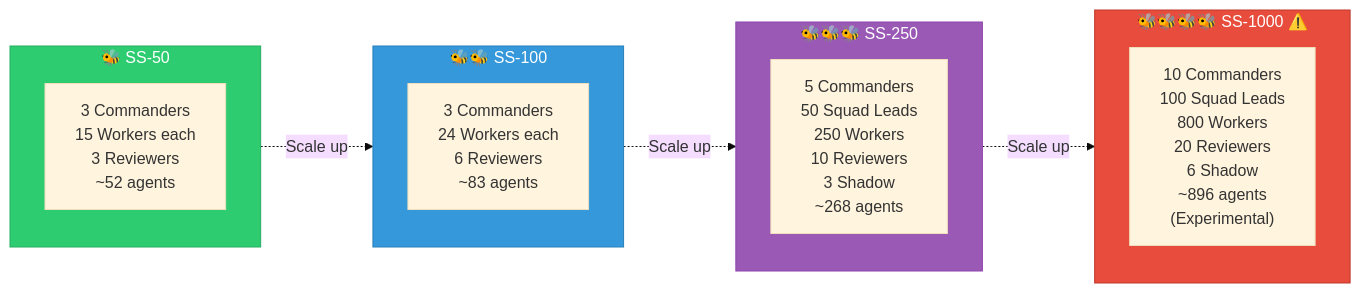
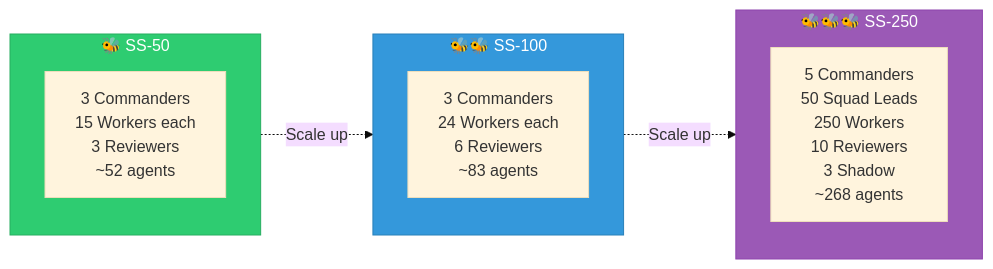
The seventh of 7 diagrams in docs/architecture-diagrams.md (DUBSOpenHub/swarm-command), drawn with Mermaid (base theme) before and after one commit. The commit also changed 4 other files, not shown here.

````diff
--- a/docs/architecture-diagrams.md
+++ b/docs/architecture-diagrams.md
@@ -241,27 +241,21 @@
 ```mermaid
 graph LR
     subgraph SS50["🐝 SS-50"]
         A50["3 Commanders<br/>15 Workers each<br/>3 Reviewers<br/>~52 agents"]
     end
 
     subgraph SS100["🐝🐝 SS-100"]
         A100["3 Commanders<br/>24 Workers each<br/>6 Reviewers<br/>~83 agents"]
     end
 
     subgraph SS250["🐝🐝🐝 SS-250"]
         A250["5 Commanders<br/>50 Squad Leads<br/>250 Workers<br/>10 Reviewers<br/>3 Shadow<br/>~268 agents"]
     end
 
-    subgraph SS1000["🐝🐝🐝🐝 SS-1000 ⚠️"]
-        A1000["10 Commanders<br/>100 Squad Leads<br/>800 Workers<br/>20 Reviewers<br/>6 Shadow<br/>~896 agents<br/>(Experimental)"]
-    end
-
     SS50 -.->|"Scale up"| SS100
     SS100 -.->|"Scale up"| SS250
-    SS250 -.->|"Scale up"| SS1000
 
     style SS50 fill:#2ecc71,stroke:#27ae60,color:#fff
     style SS100 fill:#3498db,stroke:#2980b9,color:#fff
     style SS250 fill:#9b59b6,stroke:#8e44ad,color:#fff
-    style SS1000 fill:#e74c3c,stroke:#c0392b,color:#fff
 ```
````
